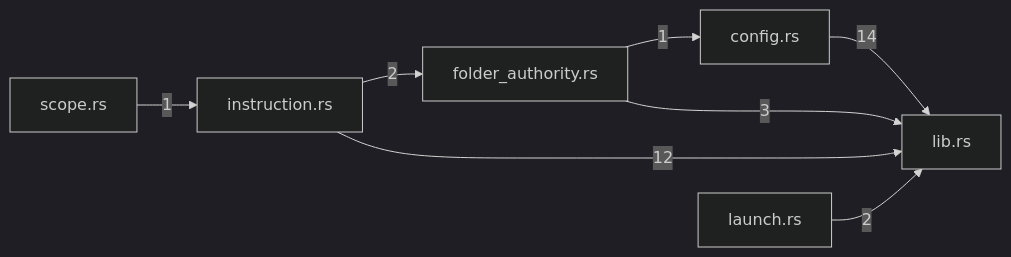
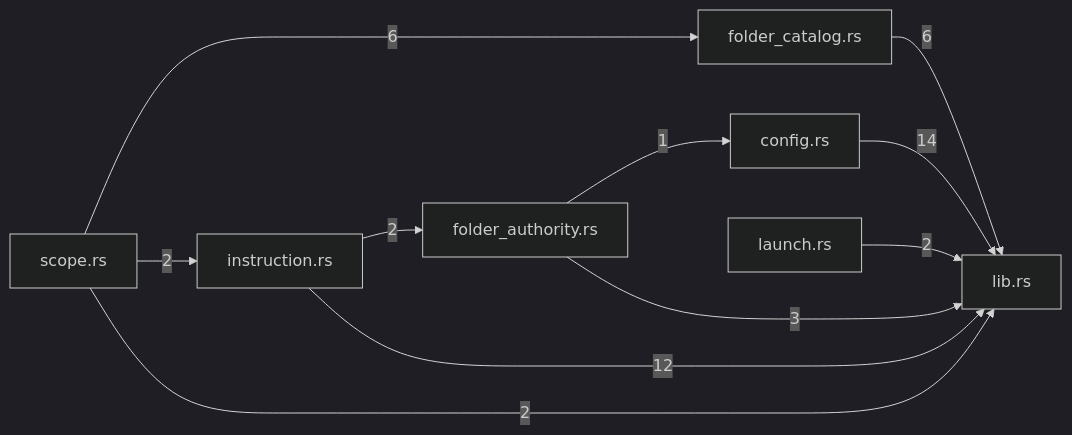
The diagram in crates/profile/docs/generated/index.md (TekesApps/TekesKernel), drawn with Mermaid (dark theme) before and after one commit. The commit also changed other lines of this file and 84 other files, not shown here.

````diff
--- a/crates/profile/docs/generated/index.md
+++ b/crates/profile/docs/generated/index.md
@@ -50,16 +51,20 @@
 ```mermaid
 flowchart LR
   m0["config.rs"]
   m1["folder_authority.rs"]
-  m2["instruction.rs"]
-  m3["launch.rs"]
-  m4["lib.rs"]
-  m5["scope.rs"]
-  m0 -->|"14"| m4
+  m2["folder_catalog.rs"]
+  m3["instruction.rs"]
+  m4["launch.rs"]
+  m5["lib.rs"]
+  m6["scope.rs"]
+  m0 -->|"14"| m5
   m1 -->|"1"| m0
-  m1 -->|"3"| m4
-  m2 -->|"2"| m1
-  m2 -->|"12"| m4
-  m3 -->|"2"| m4
-  m5 -->|"1"| m2
+  m1 -->|"3"| m5
+  m2 -->|"6"| m5
+  m3 -->|"2"| m1
+  m3 -->|"12"| m5
+  m4 -->|"2"| m5
+  m6 -->|"6"| m2
+  m6 -->|"2"| m3
+  m6 -->|"2"| m5
 ```
````
